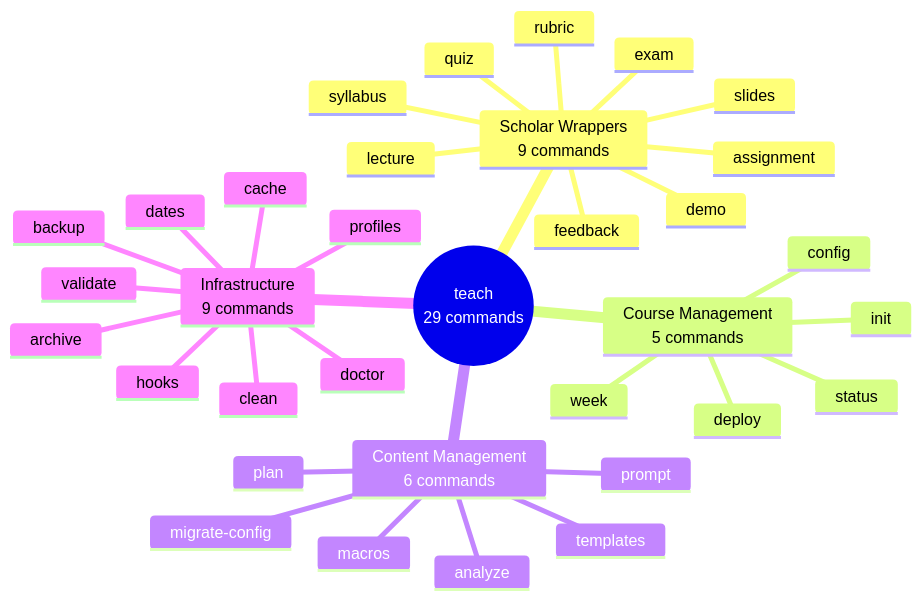
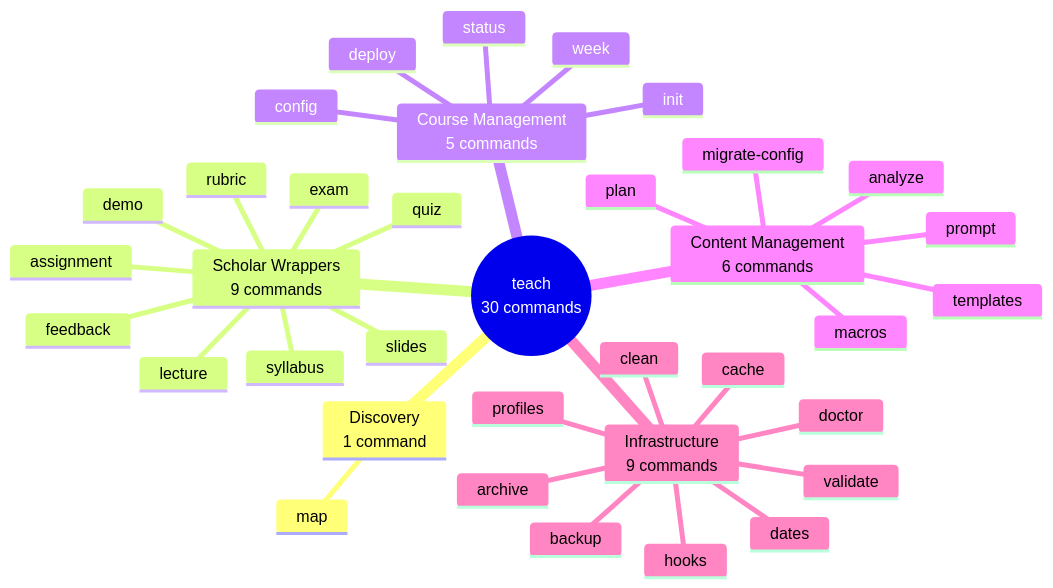
Before and after one commit to Data-Wise/flow-cli: the diagram in docs/reference/REFCARD-TEACH-DISPATCHER.md, drawn with Mermaid. The commit also changed other lines of this file and 18 other files, not shown here.

First line of the commit message:
feat: teach map — unified ecosystem discovery (#365)

````diff
--- a/docs/reference/REFCARD-TEACH-DISPATCHER.md
+++ b/docs/reference/REFCARD-TEACH-DISPATCHER.md
@@ -9,37 +9,39 @@
 ```mermaid
 mindmap
-  root((teach<br/>29 commands))
+  root((teach<br/>30 commands))
+    Discovery<br/>1 command
+      map
     Scholar Wrappers<br/>9 commands
       lecture
       slides
       exam
       quiz
       assignment
       syllabus
       rubric
       feedback
       demo
     Course Management<br/>5 commands
       init
       deploy
       config
       status
       week
     Content Management<br/>6 commands
       plan
       templates
       macros
       prompt
       analyze
       migrate-config
     Infrastructure<br/>9 commands
       doctor
       validate
       dates
       cache
       clean
       backup
       archive
       hooks
       profiles
 ```
````
